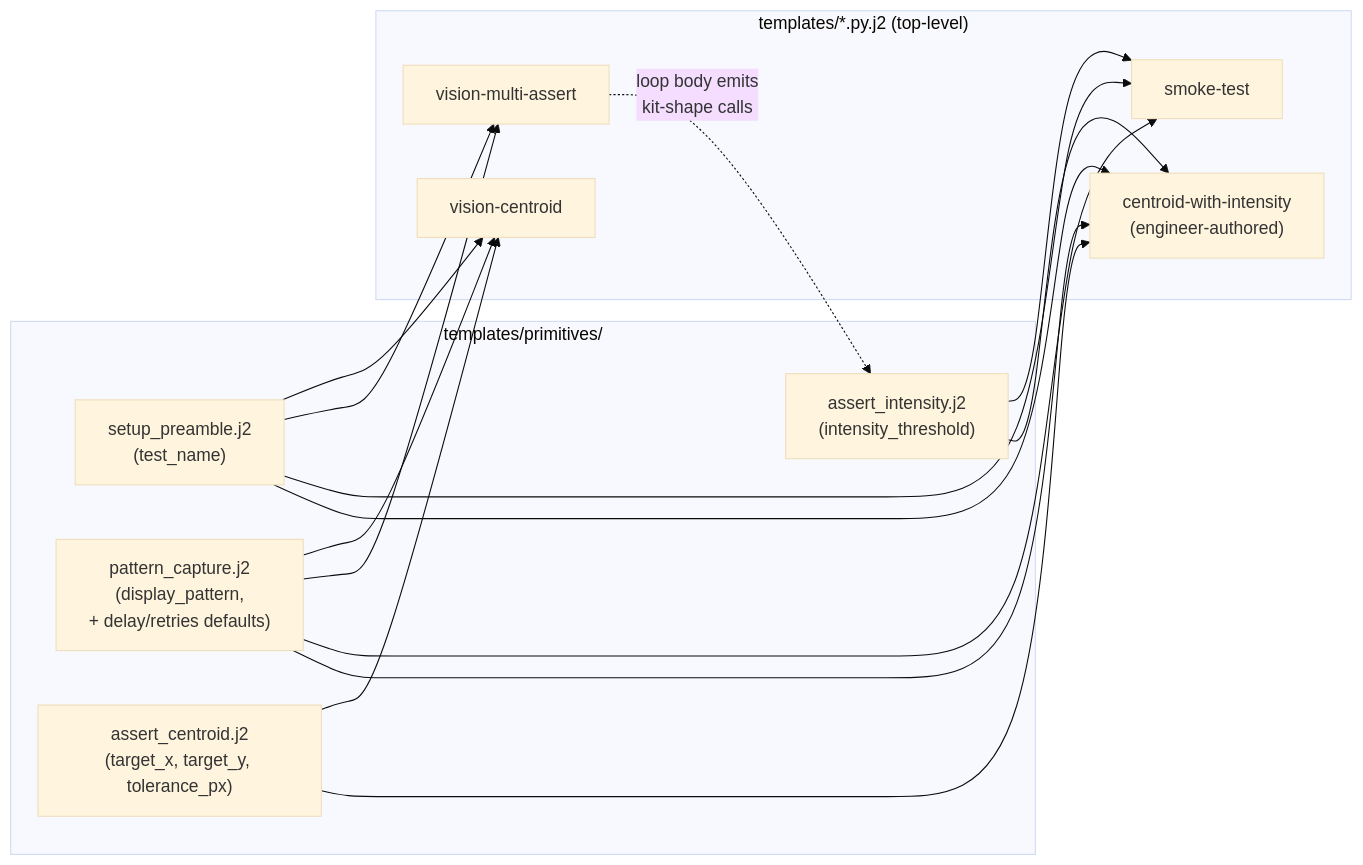
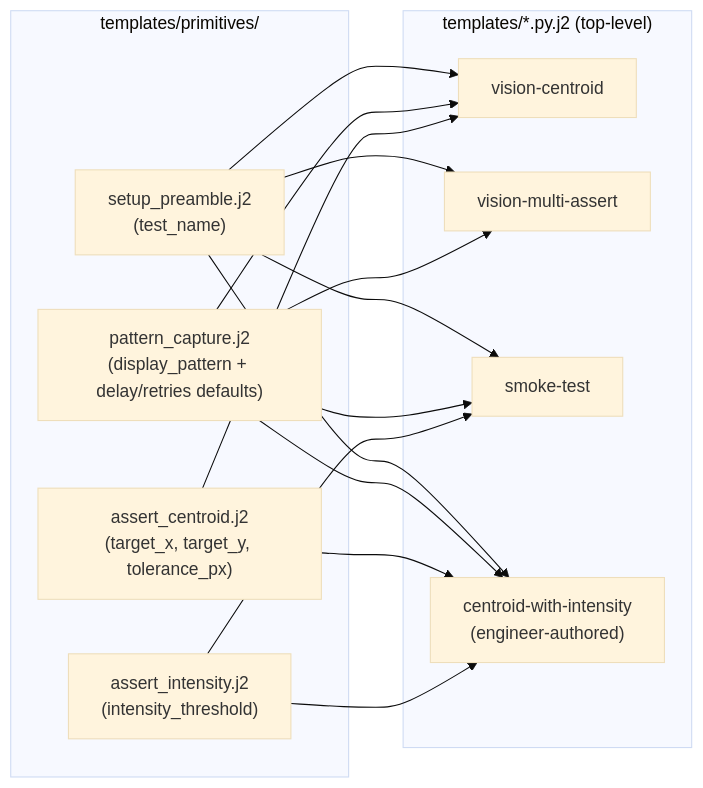
One commit to BunnyDAO/HITL changed the second of 4 diagrams in docs/sop.md. Above: the diagram before and after it, drawn with Mermaid (base theme). The commit also changed other lines of this file and 2 other files, not shown here.

````diff
--- a/docs/sop.md
+++ b/docs/sop.md
@@ -36,20 +119,19 @@
 ```mermaid
 graph LR
     subgraph kit["templates/primitives/"]
         sp["setup_preamble.j2<br/>(test_name)"]
-        pc["pattern_capture.j2<br/>(display_pattern,<br/>+ delay/retries defaults)"]
+        pc["pattern_capture.j2<br/>(display_pattern + delay/retries defaults)"]
         ac["assert_centroid.j2<br/>(target_x, target_y, tolerance_px)"]
         ai["assert_intensity.j2<br/>(intensity_threshold)"]
     end
     subgraph top["templates/*.py.j2 (top-level)"]
         vc["vision-centroid"]
         vma["vision-multi-assert"]
         st["smoke-test"]
         eng["centroid-with-intensity<br/>(engineer-authored)"]
     end
     sp --> vc & vma & st & eng
     pc --> vc & vma & st & eng
     ac --> vc & eng
     ai --> st & eng
-    vma -. "loop body emits<br/>kit-shape calls" .-> ai
 ```
````
